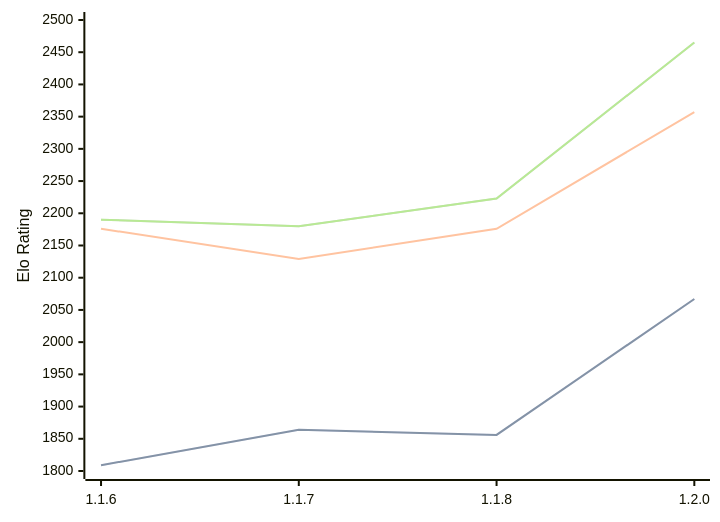
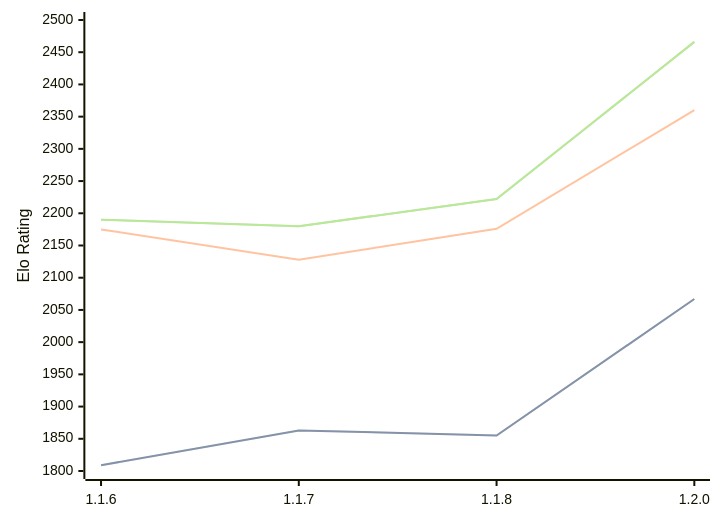
The diagram in engines/Soomi.md (computer-chess-index/cci), drawn with Mermaid before and after one commit. The commit also changed other lines of this file, not shown here.

Commit message:
Update CCI Ratings (ELO VLTC) - 2026-03-23

````diff
--- a/engines/Soomi.md
+++ b/engines/Soomi.md
@@ -34,11 +34,11 @@
 ```mermaid
 %%{init: {"theme":"base","themeVariables":{"seriesColors:['#a3a3a3','#222221','#faa371']}}}%%
 xychart-beta
   x-axis ["1.1.6", "1.1.7", "1.1.8", "1.2.0"]
   y-axis "Elo Rating" 1800 --> 2500
-  line "STC (8.0+0.08s)" [1809, 1864, 1856, 2067]
-  line "STC (8.0+0.08s)" [1809, 1864, 1856, 2067]
-  line "LTC (60.0+0.60s)" [2176, 2129, 2176, 2357]
-  line "VLTC (2m24s+1.12s)" [2190, 2180, 2223, 2465]
-  line "VLTC (2m24s+1.12s)" [2190, 2180, 2223, 2465]
+  line "STC (8.0+0.08s)" [1809, 1863, 1855, 2067]
+  line "STC (8.0+0.08s)" [1809, 1863, 1855, 2067]
+  line "LTC (60.0+0.60s)" [2175, 2128, 2176, 2360]
+  line "VLTC (2m24s+1.12s)" [2190, 2180, 2222, 2466]
+  line "VLTC (2m24s+1.12s)" [2190, 2180, 2222, 2466]
 ```
````
